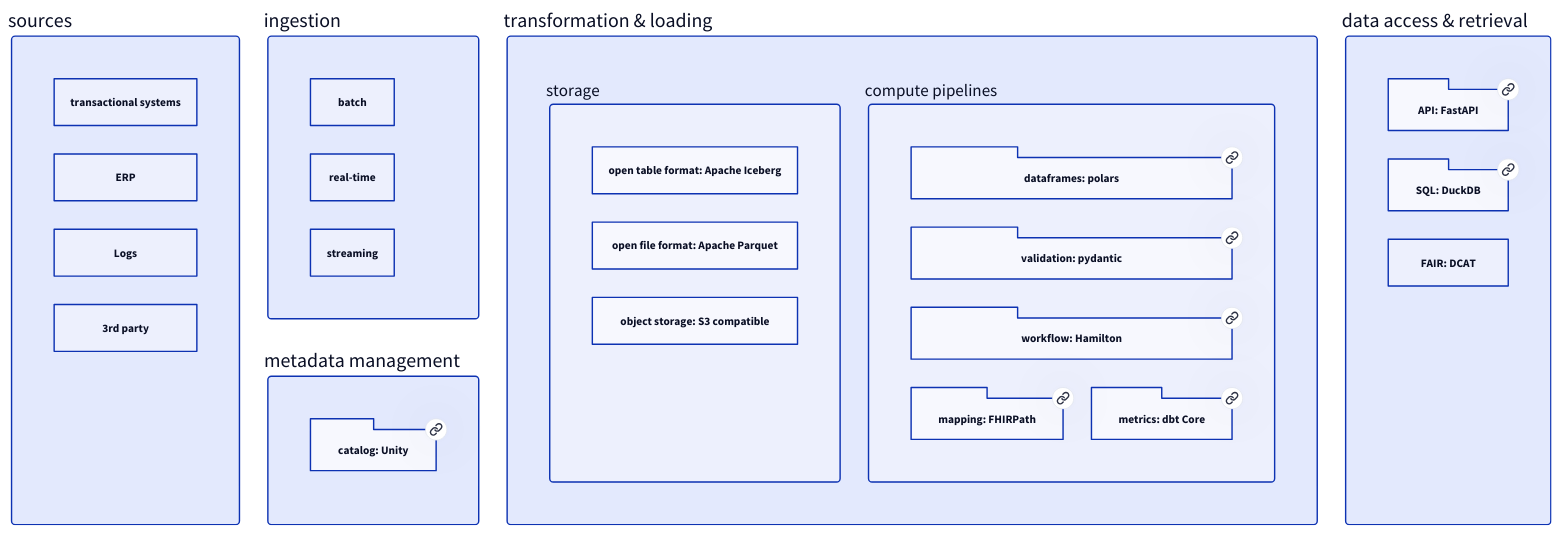
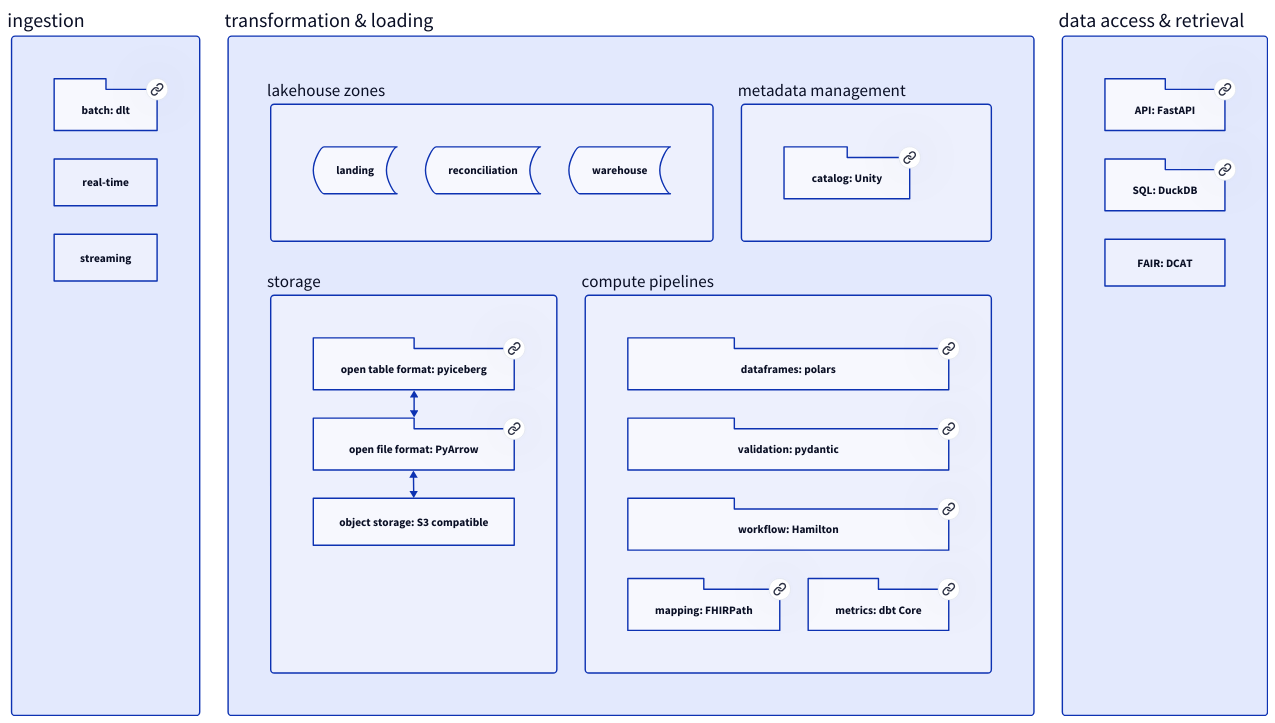
One commit to plugin-healthcare/federated-composable-datastack changed the diagram in paper/layers.d2. Above: the diagram before and after it, drawn with D2.

```diff
--- a/paper/layers.d2
+++ b/paper/layers.d2
@@ -1,90 +1,105 @@
 classes: {
   layer: {
     label.near: outside-top-left
     style.border-radius: 5
   }
   component: {
     shape: package
   }
   zone: {
     shape: stored_data
   }
 }
 
-grid-columns: 4
-
-sources: {
-  class: layer
-  grid-rows: 4
-  transactional systems
-  ERP
-  Logs
-  3rd party
-}
+grid-columns: 3
 
 ingestion: {
   class: layer
   grid-rows: 3
-  batch
+  batch\: dlt: {
+    class: component
+    link: https://dlthub.com/docs/intro
+  }
   real-time
   streaming
 }
 
-metadata management: {
-  class: layer
-  grid-columns: 2
-  catalog\: Unity: {
-    class: component
-    link: https://docs.unitycatalog.io/
-  }
-}
 transformation \& loading: {
   class: layer
-  grid-columns: 2
+  grid-rows: 2
+  lakehouse zones: {
+    class: layer
+    grid-columns: 3
+    landing: {
+      class: zone
+    }
+    reconciliation: {
+      class: zone
+    }
+    warehouse: {
+      class: zone
+    }
+  }
+  metadata management: {
+    class: layer
+    grid-columns: 2
+    catalog\: Unity: {
+      class: component
+      link: https://docs.unitycatalog.io/
+    }
+  }
   storage: {
     grid-rows: 3
     class: layer
-    open table format\: Apache Iceberg
-    open file format\: Apache Parquet
+    open table format\: pyiceberg: {
+      class: component
+      link: https://py.iceberg.apache.org/
+    }
+    open file format\: PyArrow: {
+      class: component
+      link: https://arrow.apache.org/docs/python/index.html
+    }
     object storage\: S3 compatible
+    object storage\: S3 compatible <-> open file format\: PyArrow
+    open file format\: PyArrow <-> open table format\: pyiceberg
   }
   compute pipelines: {
     grid-rows: 4
     class: layer
 
     dataframes\: polars: {
       class: component
-      link: https://pola.rs/
+      link: https://docs.pola.rs/
     }
     validation\: pydantic: {
       class: component
       link: https://docs.pydantic.dev/latest/
     }
     workflow\: Hamilton: {
       class: component
       link: https://hamilton.dagworks.io/en/latest/
     }
     mapping\: FHIRPath: {
       class: component
       link: https://github.com/beda-software/FHIRPathMappingLanguage
     }
     metrics\: dbt Core: {
       class: component
       link: https://docs.getdbt.com/docs/core/installation-overview
     }
   }
 }
 
 data access \& retrieval: {
   class: layer
   grid-rows: 3
   API\: FastAPI: {
     class: component
     link: https://fastapi.tiangolo.com/
   }
   SQL\: DuckDB: {
     class: component
     link: https://duckdb.org/
   }
   FAIR\: DCAT
 }
```
